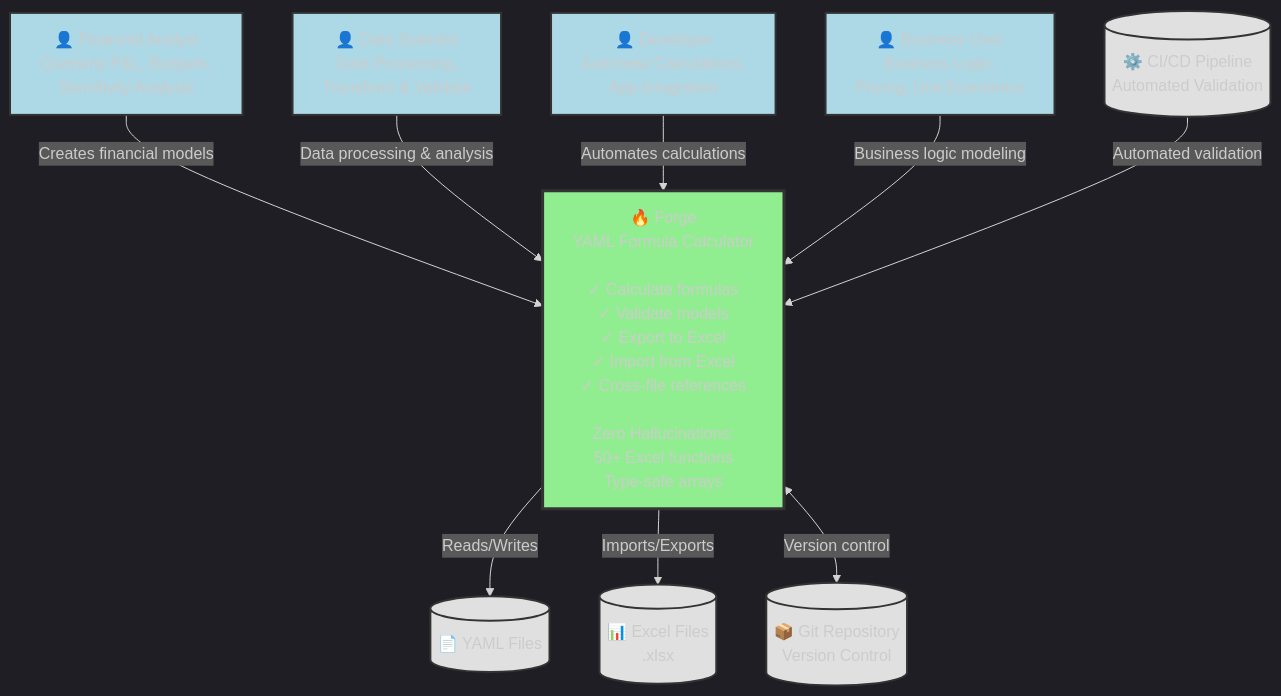
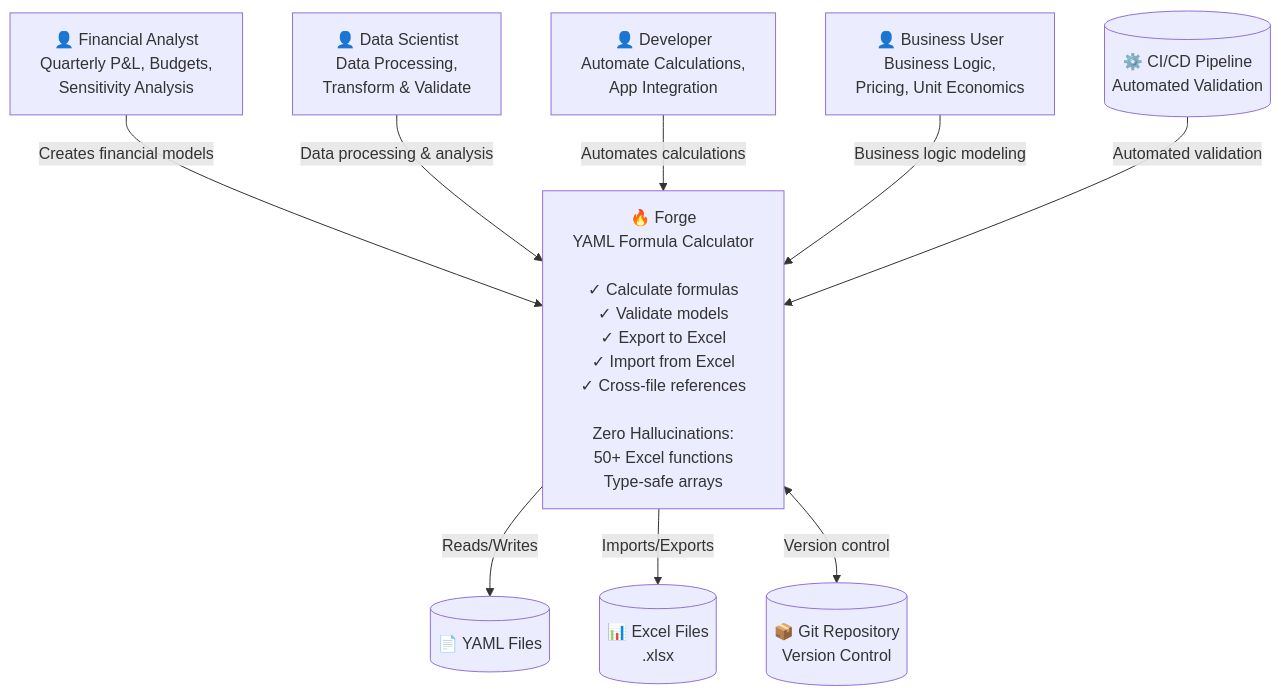
The first of 2 diagrams in docs/architecture/00-OVERVIEW.md (mollendorff-ai/forge), drawn with Mermaid before and after one commit. The commit also changed other lines of this file, not shown here.

First line of the commit message:
docs: Remove ALL Mermaid customization - use pure vanilla for GitHub auto-theming

````diff
--- a/docs/architecture/00-OVERVIEW.md
+++ b/docs/architecture/00-OVERVIEW.md
@@ -59,38 +59,28 @@
 ```mermaid
-%%{init: {'theme':'dark'}}%%
 graph TB
     %% External Actors
     analyst["👤 Financial Analyst<br/>Quarterly P&L, Budgets,<br/>Sensitivity Analysis"]
     datascientist["👤 Data Scientist<br/>Data Processing,<br/>Transform & Validate"]
     developer["👤 Developer<br/>Automate Calculations,<br/>App Integration"]
     business["👤 Business User<br/>Business Logic,<br/>Pricing, Unit Economics"]
 
     %% Forge System
     forge["🔥 Forge<br/>YAML Formula Calculator<br/><br/>✓ Calculate formulas<br/>✓ Validate models<br/>✓ Export to Excel<br/>✓ Import from Excel<br/>✓ Cross-file references<br/><br/>Zero Hallucinations:<br/>50+ Excel functions<br/>Type-safe arrays"]
 
     %% External Systems
     git[("📦 Git Repository<br/>Version Control")]
     excel[("📊 Excel Files<br/>.xlsx")]
     yaml[("📄 YAML Files")]
     cicd[("⚙️ CI/CD Pipeline<br/>Automated Validation")]
 
     %% Relationships
     analyst -->|Creates financial models| forge
     datascientist -->|Data processing & analysis| forge
     developer -->|Automates calculations| forge
     business -->|Business logic modeling| forge
 
     forge -->|Reads/Writes| yaml
     forge -->|Imports/Exports| excel
     forge <-->|Version control| git
     cicd -->|Automated validation| forge
-
-    %% Styling
-    classDef forgeStyle fill:#90EE90,stroke:#333,stroke-width:3px
-    classDef userStyle fill:#ADD8E6,stroke:#333,stroke-width:2px
-    classDef systemStyle fill:#E0E0E0,stroke:#333,stroke-width:2px
-
-    class forge forgeStyle
-    class analyst,datascientist,developer,business userStyle
-    class git,excel,yaml,cicd systemStyle
 ```
````
